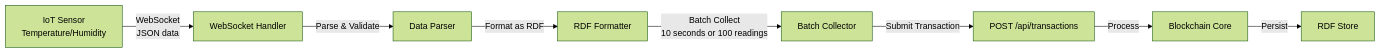
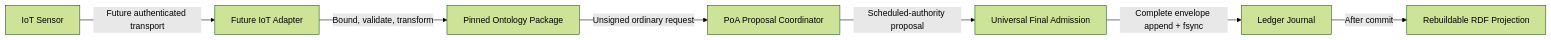
One commit to anusornc/prov-chain-pub changed the fifth of 5 diagrams in docs/architecture/DATA_FLOW_ARCHITECTURE.md. Above: the diagram before and after it, drawn with Mermaid (forest theme). The commit also changed other lines of this file and 178 other files, not shown here.

````diff
--- a/docs/architecture/DATA_FLOW_ARCHITECTURE.md
+++ b/docs/architecture/DATA_FLOW_ARCHITECTURE.md
@@ -364,16 +357,9 @@
 ```mermaid
 flowchart LR
-    IoT["IoT Sensor<br/>Temperature/Humidity"] -->|"WebSocket<br/>JSON data"| WS["WebSocket Handler"]
-
-    WS -->|"Parse & Validate"| Parser["Data Parser"]
-
-    Parser -->|"Format as RDF"| Formatter["RDF Formatter"]
-
-    Formatter -->|"Batch Collect"<br/>10 seconds or 100 readings| Batch["Batch Collector"]
-
-    Batch -->|"Submit Transaction"| API["POST /api/transactions"]
-
-    API -->|"Process"| Blockchain["Blockchain Core"]
-
-    Blockchain -->|"Persist"| RDFStore["RDF Store"]
+    IoT["IoT Sensor"] -->|"Future authenticated transport"| Adapter["Future IoT Adapter"]
+    Adapter -->|"Bound, validate, transform"| Package["Pinned Ontology Package"]
+    Package -->|"Unsigned ordinary request"| Coordinator["PoA Proposal Coordinator"]
+    Coordinator -->|"Scheduled-authority proposal"| Admission["Universal Final Admission"]
+    Admission -->|"Complete envelope append + fsync"| Journal["Ledger Journal"]
+    Journal -->|"After commit"| Projection["Rebuildable RDF Projection"]
 ```
````
